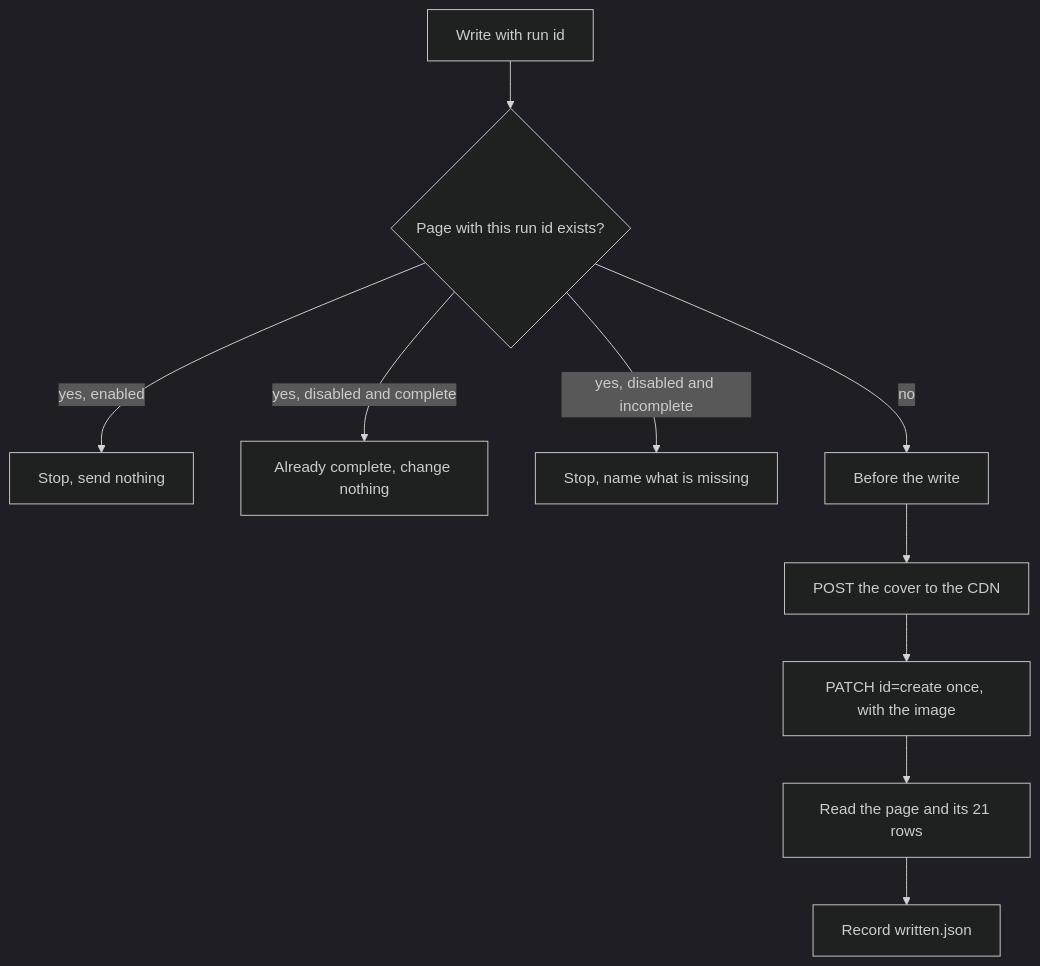
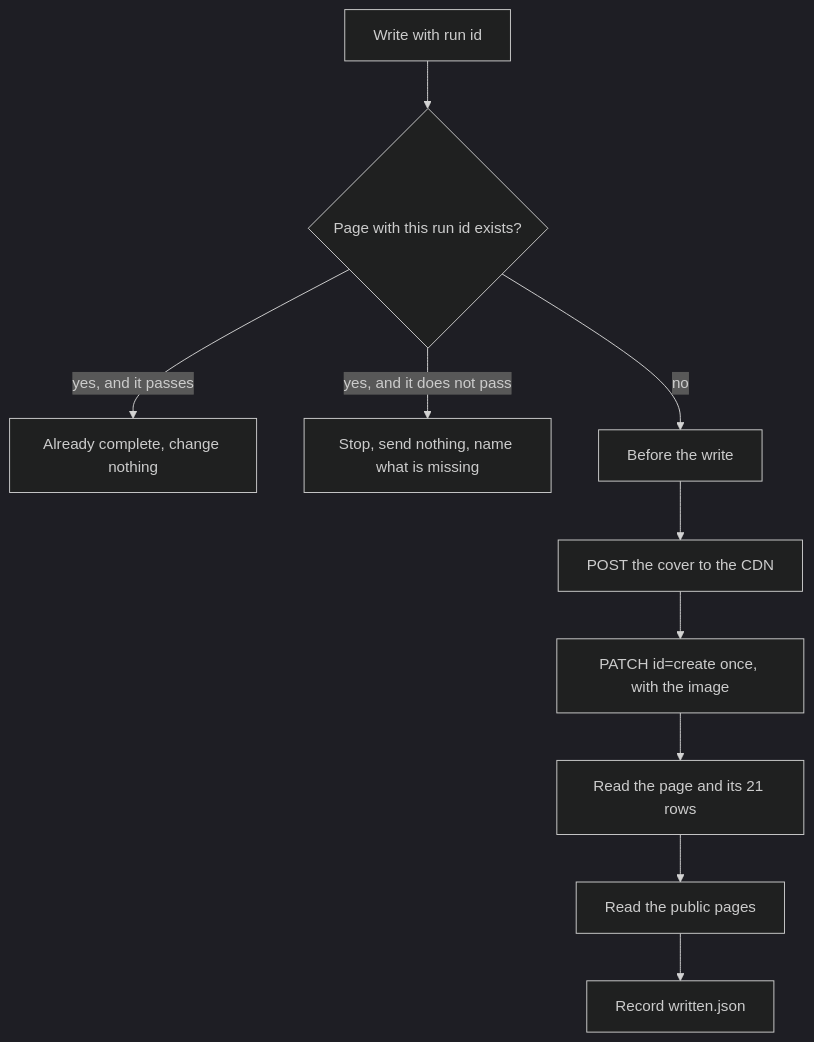
The diagram in spec/18-review-and-write.md (bycko/robotoy-blog-creator), drawn with Mermaid (dark theme) before and after one commit. The commit also changed other lines of this file and 5 other files, not shown here.

Commit message:
reviewer: spec 18, 07, 11, 01, 08, bot3: public write (enabled true), live check, new written line

````diff
--- a/spec/18-review-and-write.md
+++ b/spec/18-review-and-write.md
@@ -343,12 +343,12 @@
 ```mermaid
 flowchart TB
   W[Write with run id] --> F{Page with this run id exists?}
-  F -->|yes, enabled| STOP[Stop, send nothing]
-  F -->|yes, disabled and complete| DONE[Already complete, change nothing]
-  F -->|yes, disabled and incomplete| STOP2[Stop, name what is missing]
+  F -->|yes, and it passes| DONE[Already complete, change nothing]
+  F -->|yes, and it does not pass| STOP2[Stop, send nothing, name what is missing]
   F -->|no| PRE[Before the write]
   PRE --> UP[POST the cover to the CDN]
   UP --> SAVE["PATCH id=create once, with the image"]
   SAVE --> CHECK[Read the page and its 21 rows]
-  CHECK --> REC[Record written.json]
+  CHECK --> LIVE[Read the public pages]
+  LIVE --> REC[Record written.json]
 ```
````
